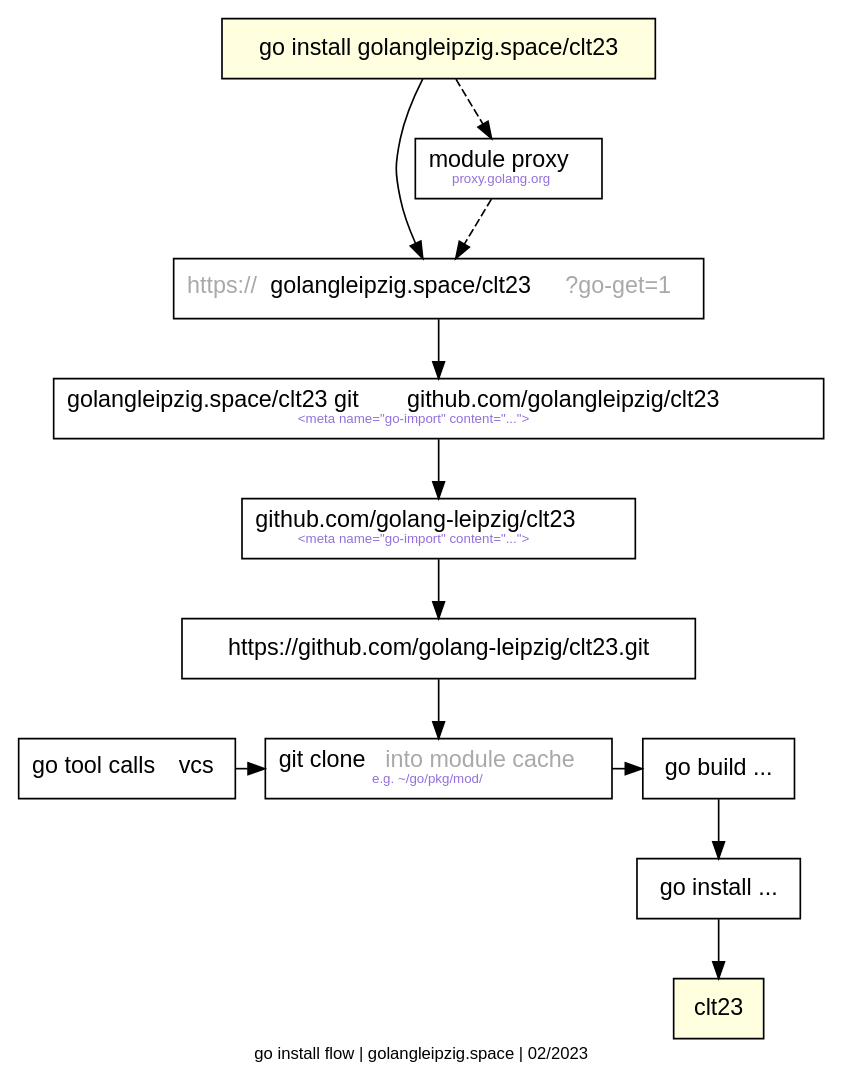
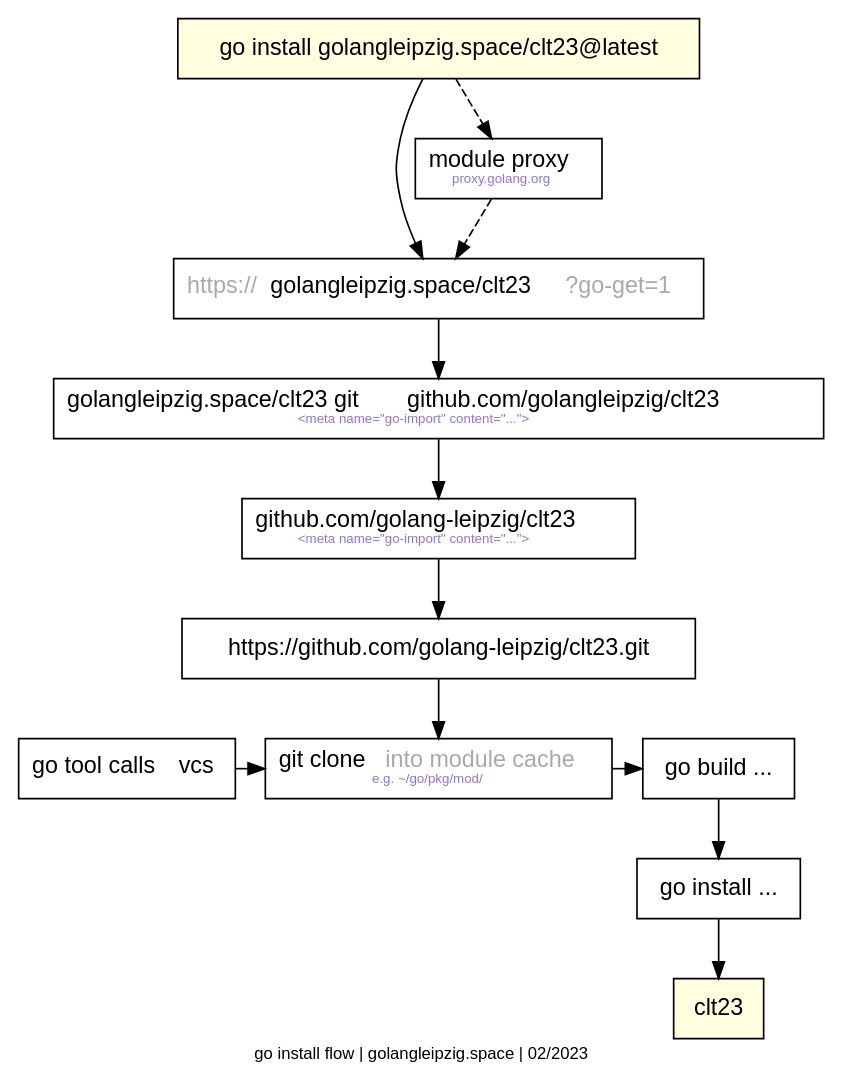
Before and after one commit to golang-leipzig/clt23: the diagram in flow.dot, drawn with Graphviz. The commit also changed 1 other file, not shown here.

Commit message:
add @latest

```diff
--- a/flow.dot
+++ b/flow.dot
@@ -1,35 +1,35 @@
 digraph g {
     label="go install flow | golangleipzig.space | 02/2023" fontsize="10";
     graph [fontname="AvantGarde-Book"];
     node [fontname="AvantGarde-Book" shape="box" pad=0.7];
     edge [fontname="AvantGarde-Book"];
 
-    "go install golangleipzig.space/clt23" [style="filled" fillcolor="lightyellow"];
+    "go install golangleipzig.space/clt23@latest" [style="filled" fillcolor="lightyellow"];
     "golangleipzig.space/clt23" [label=<<FONT COLOR="darkgray">https://</FONT>golangleipzig.space/clt23<FONT COLOR="darkgray">?go-get=1</FONT>>];
     "git clone" [label=<git clone <FONT COLOR="darkgray">https://...</FONT>>];
     "meta" [label=<golangleipzig.space/clt23 git <B>github.com/golangleipzig/clt23</B><BR/><FONT COLOR="mediumpurple" POINT-SIZE="8">&lt;meta name="go-import" content="..."&gt;</FONT>>];
     "repo" [label=<github.com/golang-leipzig/clt23<BR/><FONT COLOR="mediumpurple" POINT-SIZE="8">&lt;meta name="go-import" content="..."&gt;</FONT>>];
     "git clone" [label=<git clone <FONT COLOR="darkgray">into module cache</FONT><BR/><FONT COLOR="mediumpurple" POINT-SIZE="8">e.g. ~/go/pkg/mod/</FONT>>];
     "module proxy" [label=<module proxy<BR/><FONT POINT-SIZE="8" COLOR="mediumpurple">proxy.golang.org</FONT>>];
     "repourl" [label="https://github.com/golang-leipzig/clt23.git"];
     "go tool calls vcs" [label=<go tool calls <B>vcs</B>>];
     "clt23" [style="filled" fillcolor="lightyellow"];
 
-    "go install golangleipzig.space/clt23" -> "golangleipzig.space/clt23";
+    "go install golangleipzig.space/clt23@latest" -> "golangleipzig.space/clt23";
 
-    "go install golangleipzig.space/clt23" -> "module proxy" [style="dashed"];
+    "go install golangleipzig.space/clt23@latest" -> "module proxy" [style="dashed"];
     "module proxy" -> "golangleipzig.space/clt23" [style="dashed"];
 
     "golangleipzig.space/clt23" -> "meta";
     "meta" -> "repo";
     "repo" -> "repourl";
     "repourl" -> "git clone";
     "go build ..." -> "go install ...";
 
     {
         rank="same";
         "go tool calls vcs" -> "git clone";
         "git clone" -> "go build ...";
     }
     "go install ..." -> "clt23";
 }
```
